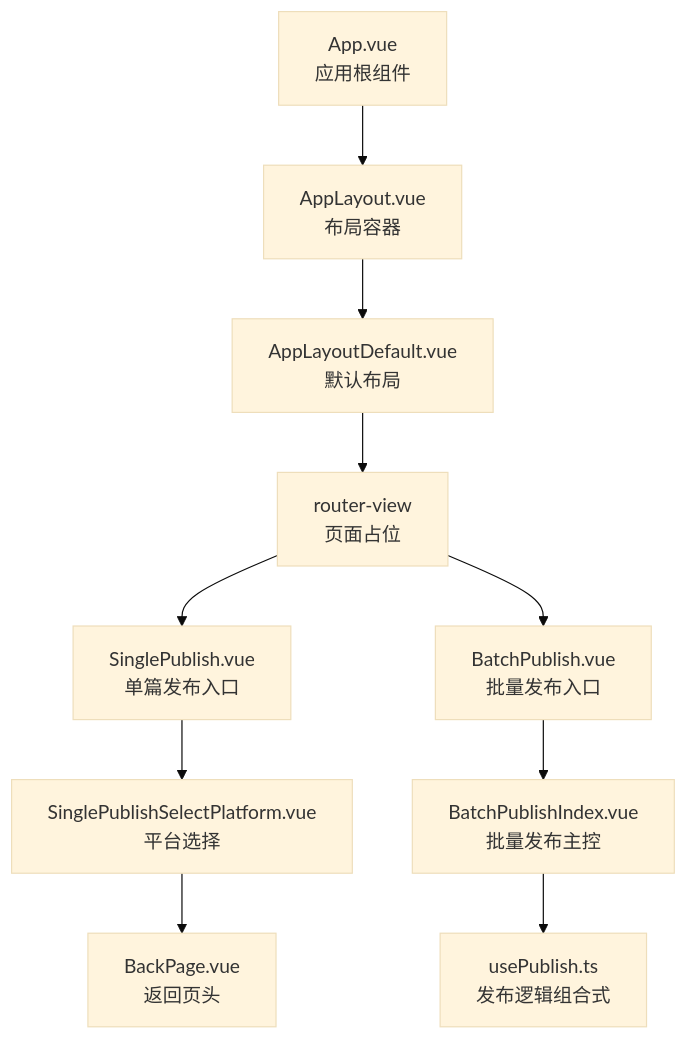
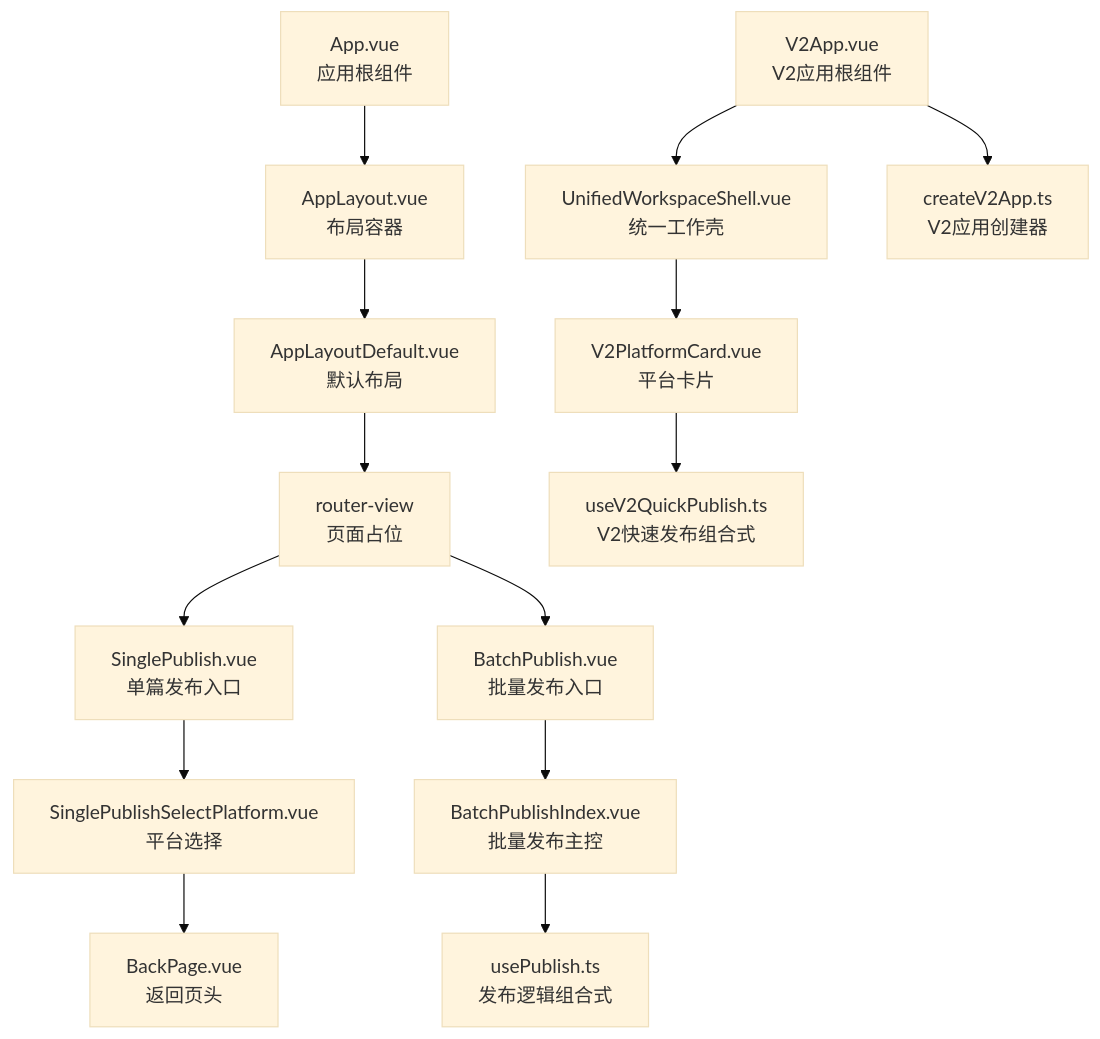
One commit to terwer/siyuan-plugin-publisher changed the first of 5 diagrams in .qoder/repowiki/zh/content/核心架构/组件架构设计/组件架构设计.md. Above: the diagram before and after it, drawn with Mermaid (base theme). The commit also changed other lines of this file and 18 other files, not shown here.

First line of the commit message:
docs(core-architecture): add detailed Composition API design patterns document

````diff
--- a/.qoder/repowiki/zh/content/核心架构/组件架构设计/组件架构设计.md
+++ b/.qoder/repowiki/zh/content/核心架构/组件架构设计/组件架构设计.md
@@ -45,12 +58,16 @@
 ```mermaid
 graph TB
 A["App.vue<br/>应用根组件"] --> B["AppLayout.vue<br/>布局容器"]
 B --> C["AppLayoutDefault.vue<br/>默认布局"]
 C --> D["router-view<br/>页面占位"]
 D --> E["SinglePublish.vue<br/>单篇发布入口"]
 D --> F["BatchPublish.vue<br/>批量发布入口"]
 E --> G["SinglePublishSelectPlatform.vue<br/>平台选择"]
 F --> H["BatchPublishIndex.vue<br/>批量发布主控"]
 H --> I["usePublish.ts<br/>发布逻辑组合式"]
 G --> J["BackPage.vue<br/>返回页头"]
+A2["V2App.vue<br/>V2应用根组件"] --> K["UnifiedWorkspaceShell.vue<br/>统一工作壳"]
+K --> L["V2PlatformCard.vue<br/>平台卡片"]
+L --> M["useV2QuickPublish.ts<br/>V2快速发布组合式"]
+A2 --> N["createV2App.ts<br/>V2应用创建器"]
 ```
````
